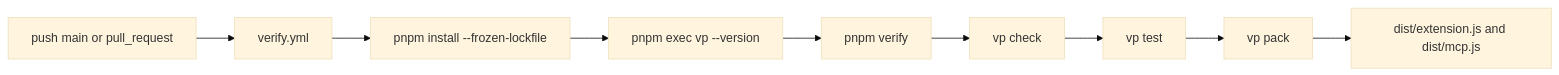
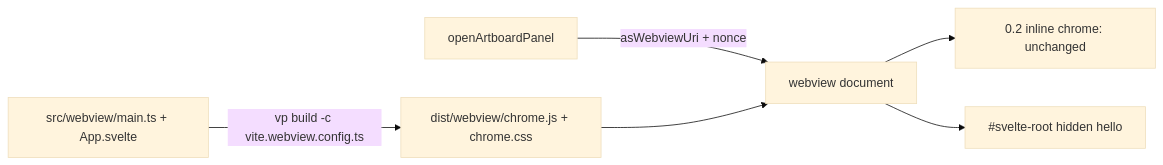
One commit to MarekBombera/cursor-design-extension changed the first of 2 diagrams in blueprint/context/current-feature-overview.md. Above: the diagram before and after it, drawn with Mermaid (base theme). The commit also changed other lines of this file and 25 other files, not shown here.

First line of the commit message:
feat: add Svelte 5 webview toolchain

````diff
--- a/blueprint/context/current-feature-overview.md
+++ b/blueprint/context/current-feature-overview.md
@@ -20,11 +18,8 @@
 ```mermaid
 flowchart LR
-  trigger["push main or pull_request"] --> wf["verify.yml"]
-  wf --> install["pnpm install --frozen-lockfile"]
-  install --> prove["pnpm exec vp --version"]
-  prove --> verify["pnpm verify"]
-  verify --> check["vp check"]
-  check --> test["vp test"]
-  test --> pack["vp pack"]
-  pack --> dist["dist/extension.js and dist/mcp.js"]
+  src["src/webview/main.ts + App.svelte"] -->|"vp build -c vite.webview.config.ts"| dist["dist/webview/chrome.js + chrome.css"]
+  host["openArtboardPanel"] -->|"asWebviewUri + nonce"| shell["webview document"]
+  dist --> shell
+  shell --> old["0.2 inline chrome: unchanged"]
+  shell --> hello["#svelte-root hidden hello"]
 ```
````
